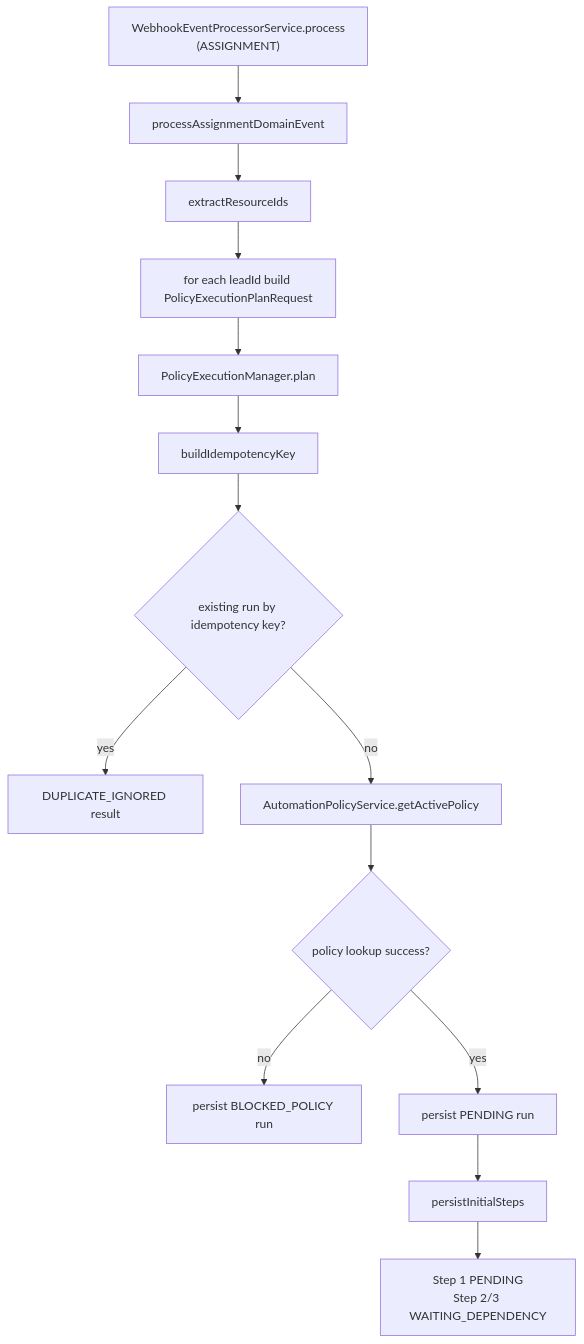
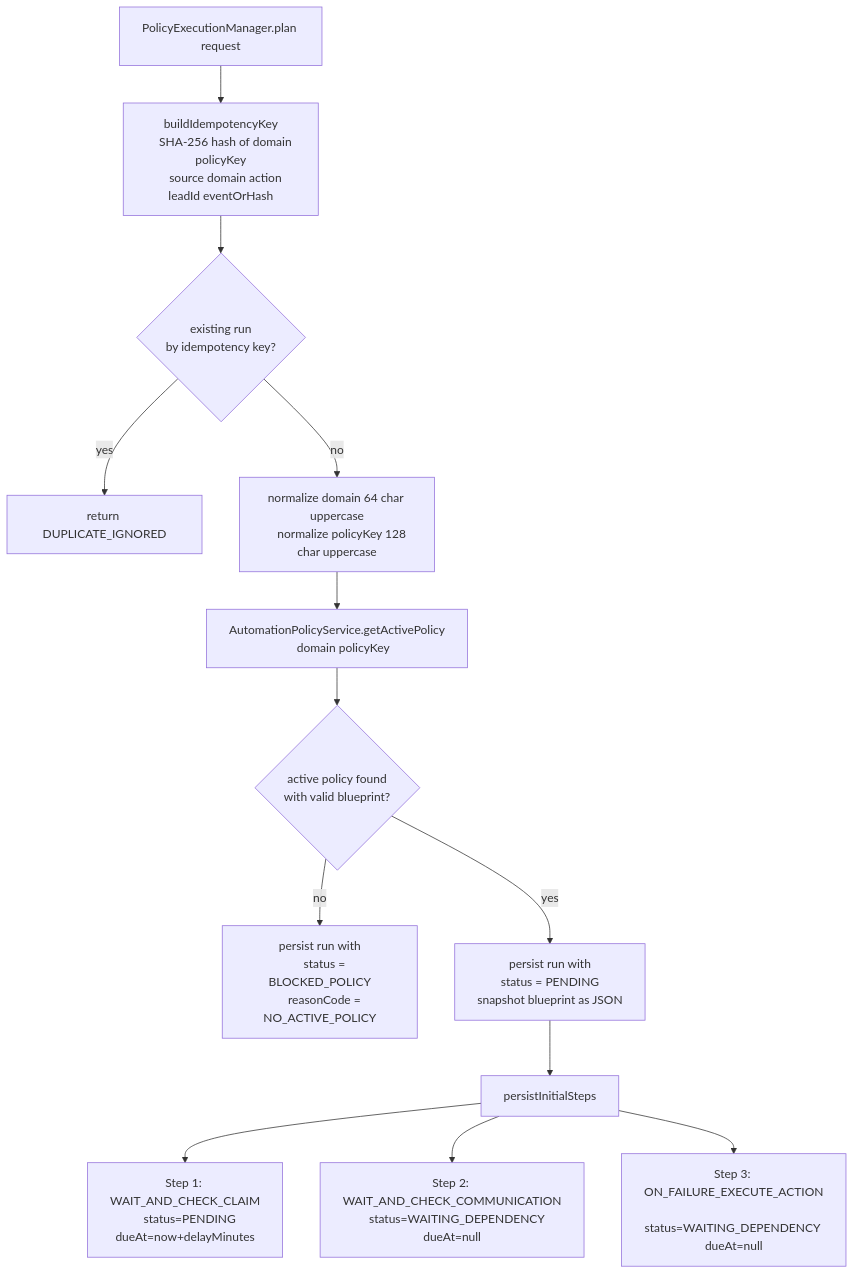
One commit to sarathkumar365/FUB-Automation changed the fourth of 6 diagrams in Docs/features/lead-management-platform/current-state-implementation-deep-dive.md. Above: the diagram before and after it, drawn with Mermaid. The commit also changed other lines of this file, not shown here.

First line of the commit message:
docs(lead-management): rewrite implementation deep-dive with full backend coverage, business context, and startup guide

````diff
--- a/Docs/features/lead-management-platform/current-state-implementation-deep-dive.md
+++ b/Docs/features/lead-management-platform/current-state-implementation-deep-dive.md
@@ -210,16 +823,28 @@
 ```mermaid
 flowchart TB
-    A["WebhookEventProcessorService.process\n(ASSIGNMENT)"] --> B["processAssignmentDomainEvent"]
-    B --> C["extractResourceIds"]
-    C --> D["for each leadId build PolicyExecutionPlanRequest"]
-    D --> E["PolicyExecutionManager.plan"]
-    E --> F["buildIdempotencyKey"]
-    F --> G{"existing run by idempotency key?"}
-    G -->|"yes"| H["DUPLICATE_IGNORED result"]
-    G -->|"no"| I["AutomationPolicyService.getActivePolicy"]
-    I --> J{"policy lookup success?"}
-    J -->|"no"| K["persist BLOCKED_POLICY run"]
-    J -->|"yes"| L["persist PENDING run"]
-    L --> M["persistInitialSteps"]
-    M --> N["Step 1 PENDING\nStep 2/3 WAITING_DEPENDENCY"]
+    A["PolicyExecutionManager.plan request"] --> B["buildIdempotencyKey
+    SHA-256 hash of domain policyKey
+    source domain action leadId eventOrHash"]
+    B --> C{"existing run
+    by idempotency key?"}
+    C -->|yes| D["return DUPLICATE_IGNORED"]
+    C -->|no| E["normalize domain 64 char uppercase
+    normalize policyKey 128 char uppercase"]
+    E --> F["AutomationPolicyService.getActivePolicy
+    domain policyKey"]
+    F --> G{"active policy found
+    with valid blueprint?"}
+    G -->|no| H["persist run with
+    status = BLOCKED_POLICY
+    reasonCode = NO_ACTIVE_POLICY"]
+    G -->|yes| I["persist run with
+    status = PENDING
+    snapshot blueprint as JSON"]
+    I --> J["persistInitialSteps"]
+    J --> K["Step 1: WAIT_AND_CHECK_CLAIM
+    status=PENDING dueAt=now+delayMinutes"]
+    J --> L["Step 2: WAIT_AND_CHECK_COMMUNICATION
+    status=WAITING_DEPENDENCY dueAt=null"]
+    J --> M["Step 3: ON_FAILURE_EXECUTE_ACTION
+    status=WAITING_DEPENDENCY dueAt=null"]
 ```
````
